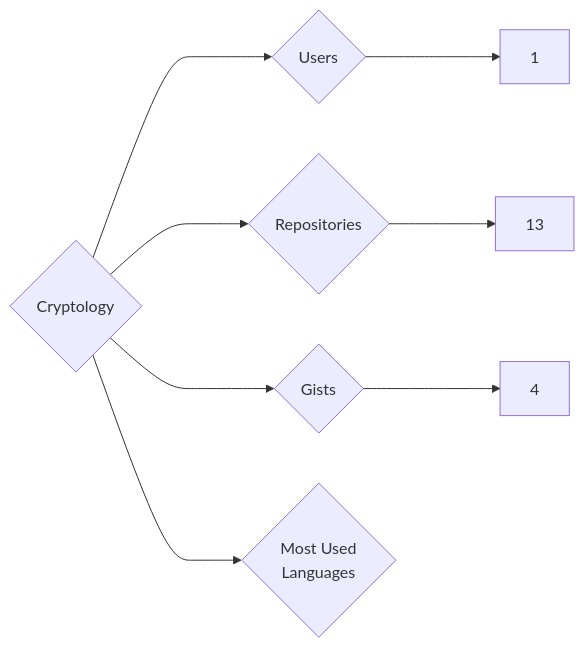
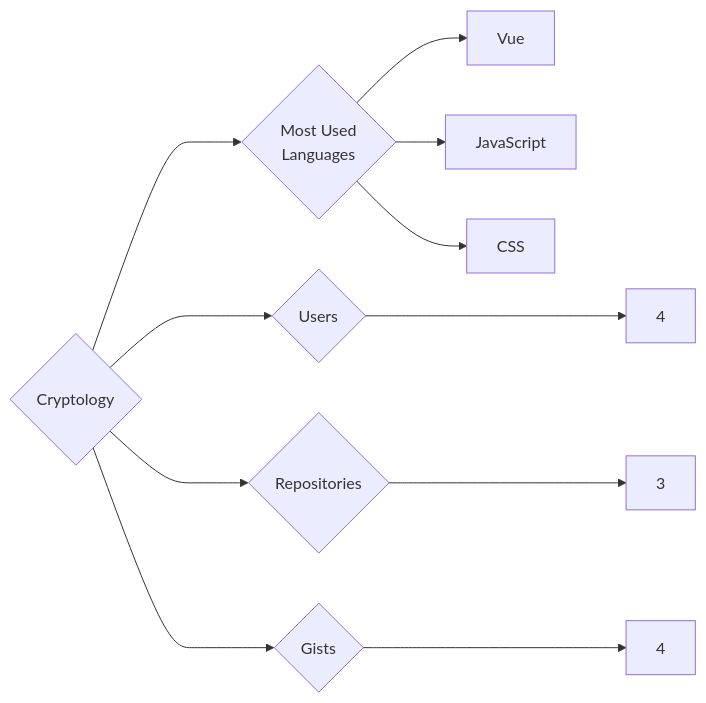
Before and after one commit to trickest/insiders: the diagram in targets/Cryptology/README.md, drawn with Mermaid. The commit also changed 1023 other files, not shown here.

````diff
--- a/targets/Cryptology/README.md
+++ b/targets/Cryptology/README.md
@@ -3,8 +3,11 @@
 ```mermaid
 graph LR
 COMPANY_NAME{Cryptology}
-COMPANY_NAME ---> U{Users} ---> UN[1]
-COMPANY_NAME ---> R{Repositories} ---> RN[13]
+COMPANY_NAME ---> U{Users} ---> UN[4]
+COMPANY_NAME ---> R{Repositories} ---> RN[3]
 COMPANY_NAME ---> G{Gists} ---> GN[4]
 COMPANY_NAME ---> ML{Most Used<br>Languages}
+ML --> Vue[Vue]
+ML --> JavaScript[JavaScript]
+ML --> CSS[CSS]
 ```
````
